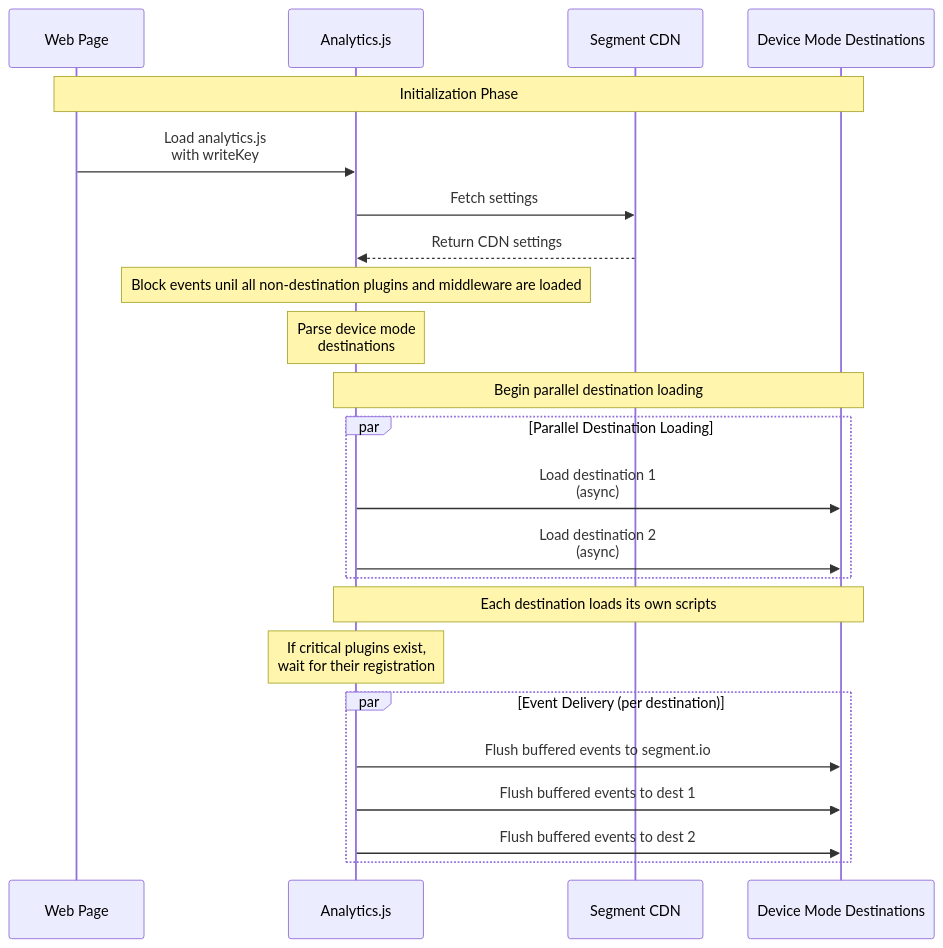
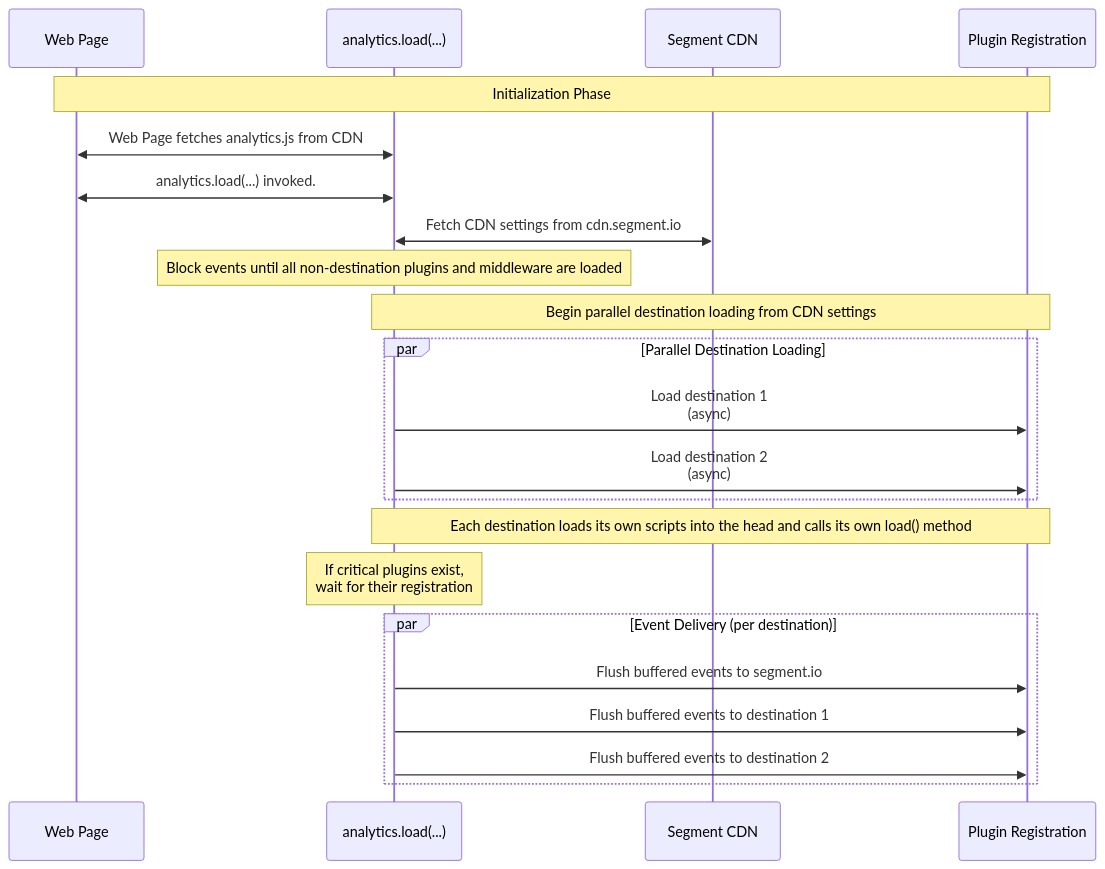
One commit to segmentio/analytics-next changed the first of 2 diagrams in packages/browser/architecture/ARCHITECTURE.md. Above: the diagram before and after it, drawn with Mermaid.

````diff
--- a/packages/browser/architecture/ARCHITECTURE.md
+++ b/packages/browser/architecture/ARCHITECTURE.md
@@ -17,33 +17,32 @@
 ```mermaid
 sequenceDiagram
     participant Page as Web Page
-    participant AJS as Analytics.js
+    participant AJS as analytics.load(...)
     participant CDN as Segment CDN
-    participant Dest as Device Mode Destinations
+    participant Plugin as Plugin Registration
 
-    Note over Page,Dest: Initialization Phase
-    Page->>AJS: Load analytics.js<br/>with writeKey
-    AJS->>CDN: Fetch settings
-    CDN-->>AJS: Return CDN settings
+    Note over Page,Plugin: Initialization Phase
+    Page<<->>AJS: Web Page fetches analytics.js from CDN
+    Page<<->>AJS: analytics.load(...) invoked. 
+    AJS<<->>CDN: Fetch CDN settings from cdn.segment.io
     
-    Note over AJS: Block events unil all non-destination plugins and middleware are loaded
+    Note over AJS: Block events until all non-destination plugins and middleware are loaded
     
-    Note over AJS: Parse device mode<br/>destinations
     
-    Note over AJS,Dest: Begin parallel destination loading
+    Note over AJS,Plugin: Begin parallel destination loading from CDN settings
     par Parallel Destination Loading
-        AJS->>Dest: Load destination 1<br/>(async)
-        AJS->>Dest: Load destination 2<br/>(async)
+        AJS->>Plugin: Load destination 1<br/>(async)
+        AJS->>Plugin: Load destination 2<br/>(async)
     end
 
-    Note over AJS,Dest: Each destination loads its own scripts
+    Note over AJS,Plugin: Each destination loads its own scripts into the head and calls its own load() method
     
     Note over AJS: If critical plugins exist,<br/>wait for their registration
 
     par Event Delivery (per destination)
-        AJS->>Dest: Flush buffered events to segment.io
-        AJS->>Dest: Flush buffered events to dest 1
-        AJS->>Dest: Flush buffered events to dest 2
+        AJS->>Plugin: Flush buffered events to segment.io
+        AJS->>Plugin: Flush buffered events to destination 1
+        AJS->>Plugin: Flush buffered events to destination 2
     end
 
 ```
````
